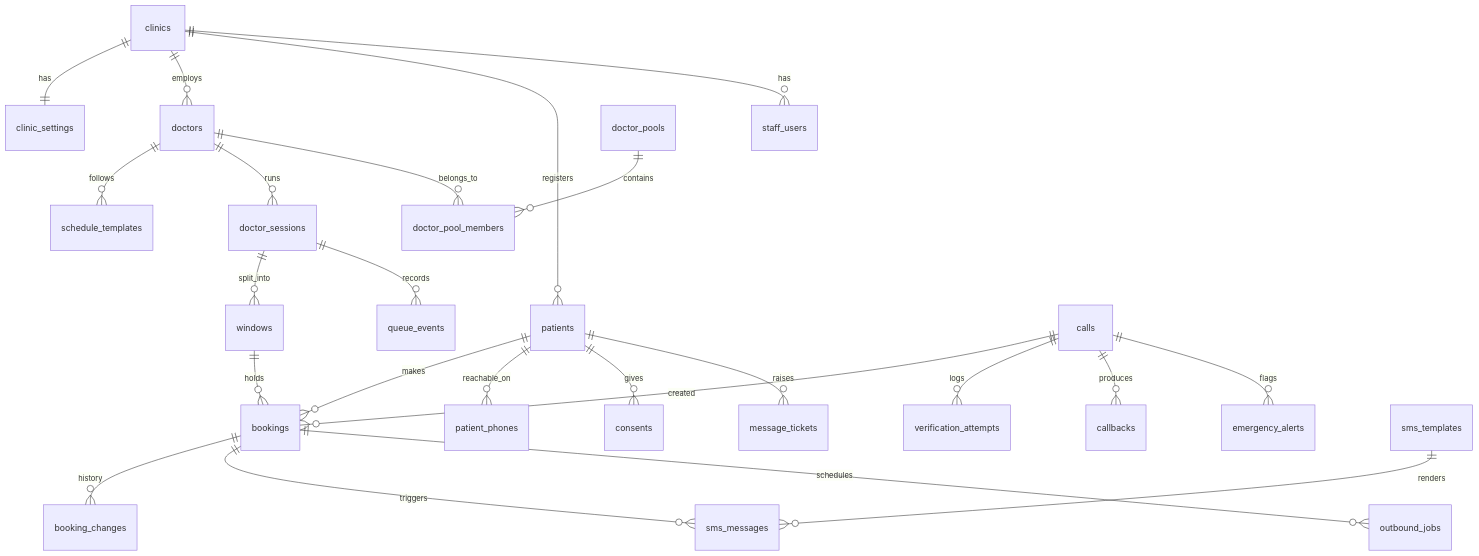
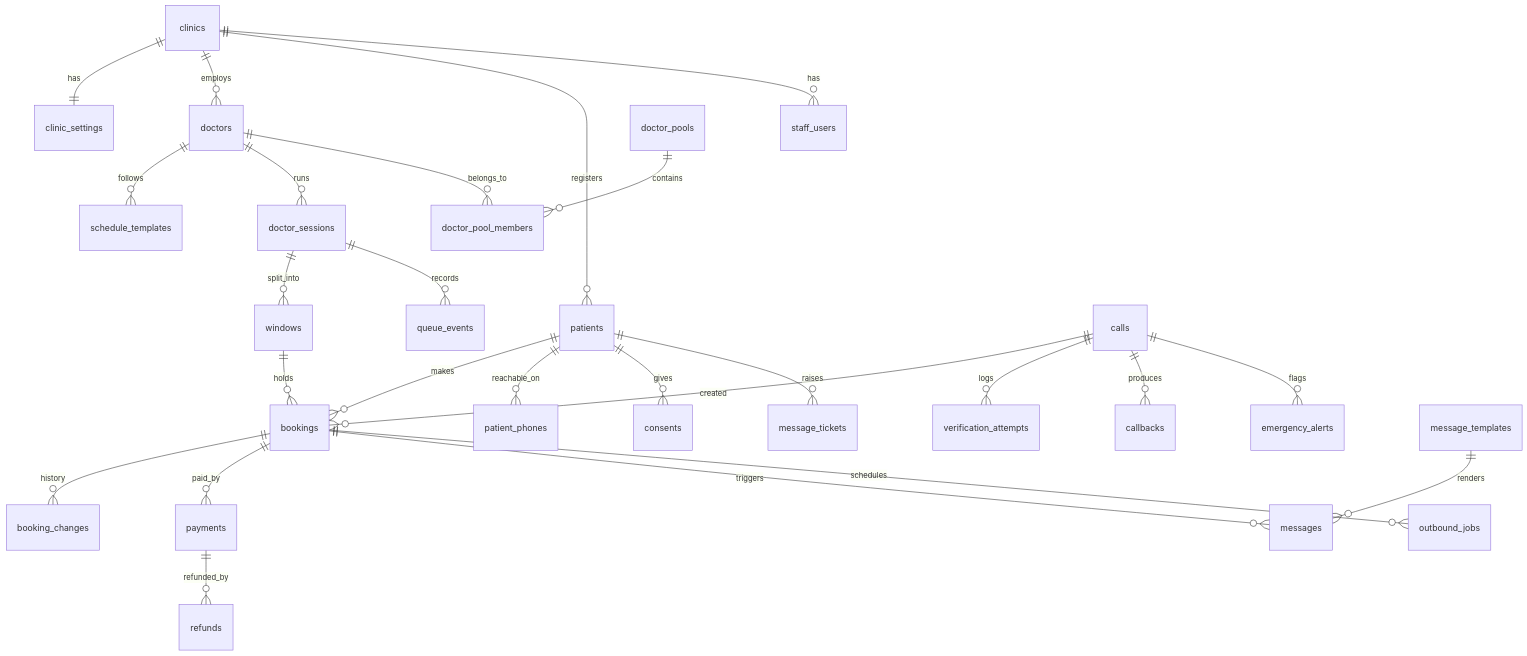
The diagram in db/README.md (Anupamgt/tts-agent-1), drawn with Mermaid before and after one commit. The commit also changed other lines of this file and 13 other files, not shown here.

First line of the commit message:
Add fees, payments and refunds; customer-choice delay handling

````diff
--- a/db/README.md
+++ b/db/README.md
@@ -17,26 +17,28 @@
 ```mermaid
 erDiagram
     clinics ||--|| clinic_settings : has
     clinics ||--o{ doctors : employs
     clinics ||--o{ patients : registers
     clinics ||--o{ staff_users : has
     doctors ||--o{ schedule_templates : follows
     doctors ||--o{ doctor_sessions : runs
     doctor_pools ||--o{ doctor_pool_members : contains
     doctors ||--o{ doctor_pool_members : belongs_to
     doctor_sessions ||--o{ windows : split_into
     doctor_sessions ||--o{ queue_events : records
     windows ||--o{ bookings : holds
     bookings ||--o{ booking_changes : history
     patients ||--o{ bookings : makes
     patients ||--o{ patient_phones : reachable_on
     patients ||--o{ consents : gives
     patients ||--o{ message_tickets : raises
     calls ||--o{ bookings : created
     calls ||--o{ verification_attempts : logs
     calls ||--o{ callbacks : produces
     calls ||--o{ emergency_alerts : flags
-    bookings ||--o{ sms_messages : triggers
+    bookings ||--o{ payments : paid_by
+    payments ||--o{ refunds : refunded_by
+    bookings ||--o{ messages : triggers
     bookings ||--o{ outbound_jobs : schedules
-    sms_templates ||--o{ sms_messages : renders
+    message_templates ||--o{ messages : renders
 ```
````
